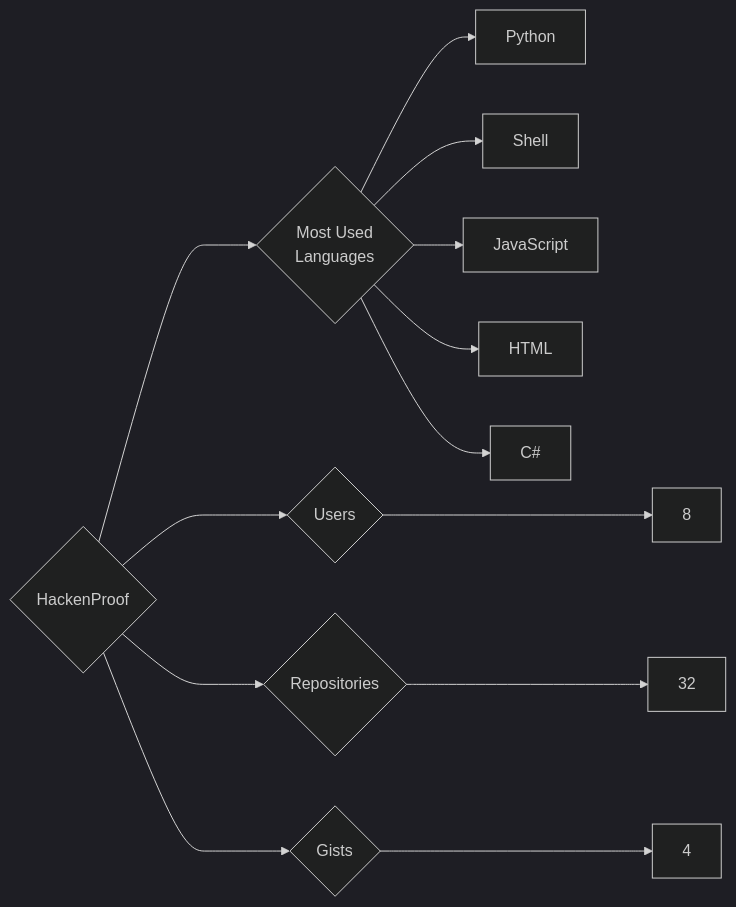
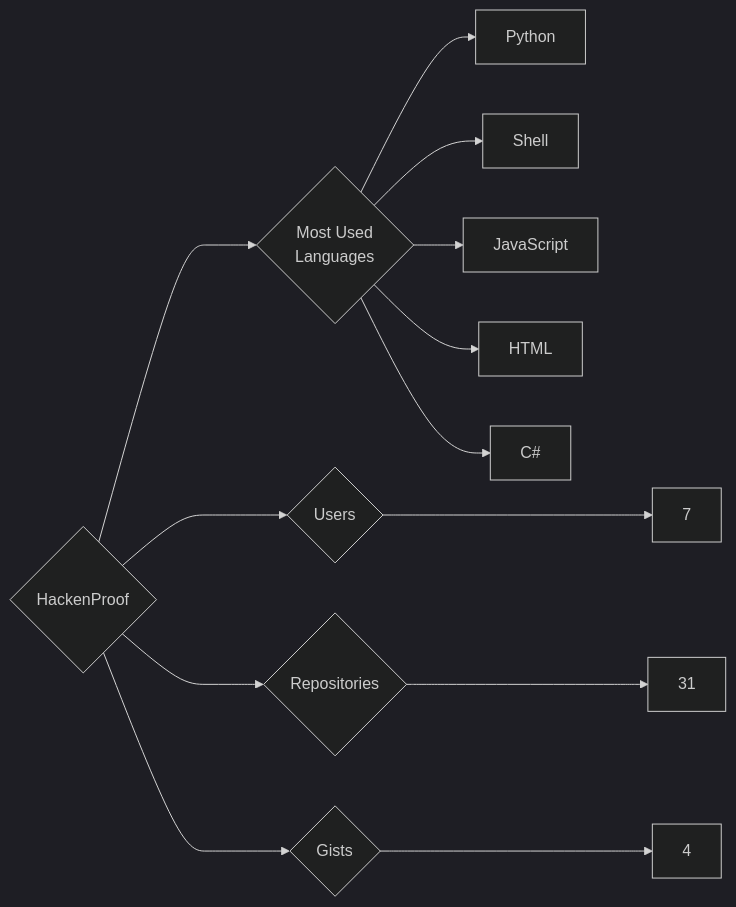
The diagram in targets/HackenProof/README.md (trickest/insiders), drawn with Mermaid (dark theme) before and after one commit. The commit also changed 934 other files, not shown here.

````diff
--- a/targets/HackenProof/README.md
+++ b/targets/HackenProof/README.md
@@ -3,13 +3,13 @@
 ```mermaid
 graph LR
 COMPANY_NAME{HackenProof}
-COMPANY_NAME ---> U{Users} ---> UN[8]
-COMPANY_NAME ---> R{Repositories} ---> RN[32]
+COMPANY_NAME ---> U{Users} ---> UN[7]
+COMPANY_NAME ---> R{Repositories} ---> RN[31]
 COMPANY_NAME ---> G{Gists} ---> GN[4]
 COMPANY_NAME ---> ML{Most Used<br>Languages}
 ML --> Python[Python]
 ML --> Shell[Shell]
 ML --> JavaScript[JavaScript]
 ML --> HTML[HTML]
 ML --> C#[C#]
 ```
````
